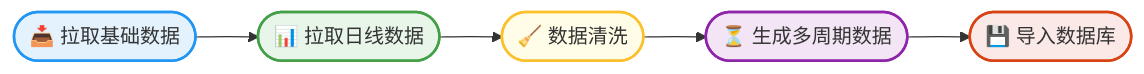
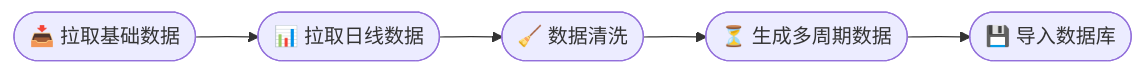
The diagram in README.md (seanwhen/Tushare-StockData-Pipeline), drawn with Mermaid before and after one commit.

````diff
--- a/README.md
+++ b/README.md
@@ -3,13 +3,7 @@
 ```mermaid
 graph LR
     A([📥 拉取基础数据]) --> B([📊 拉取日线数据])
     B([📊 拉取日线数据]) --> C([🧹 数据清洗])
     C([🧹 数据清洗]) --> D([⏳ 生成多周期数据])
     D([⏳ 生成多周期数据]) --> E([💾 导入数据库])
-
-    style A fill:#e3f2fd,stroke:#2196f3,stroke-width:2px
-    style B fill:#e8f5e9,stroke:#43a047,stroke-width:2px
-    style C fill:#fffde7,stroke:#fbc02d,stroke-width:2px
-    style D fill:#f3e5f5,stroke:#8e24aa,stroke-width:2px
-    style E fill:#fbe9e7,stroke:#d84315,stroke-width:2px
 ```
````
